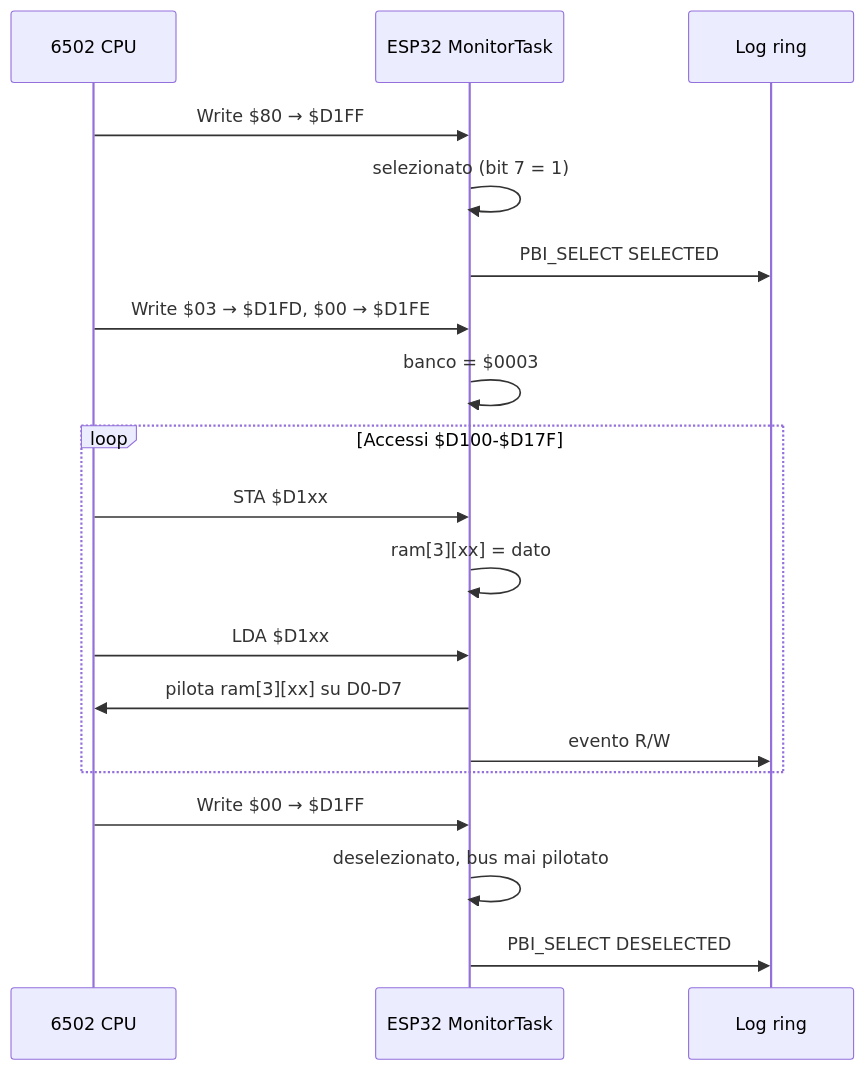
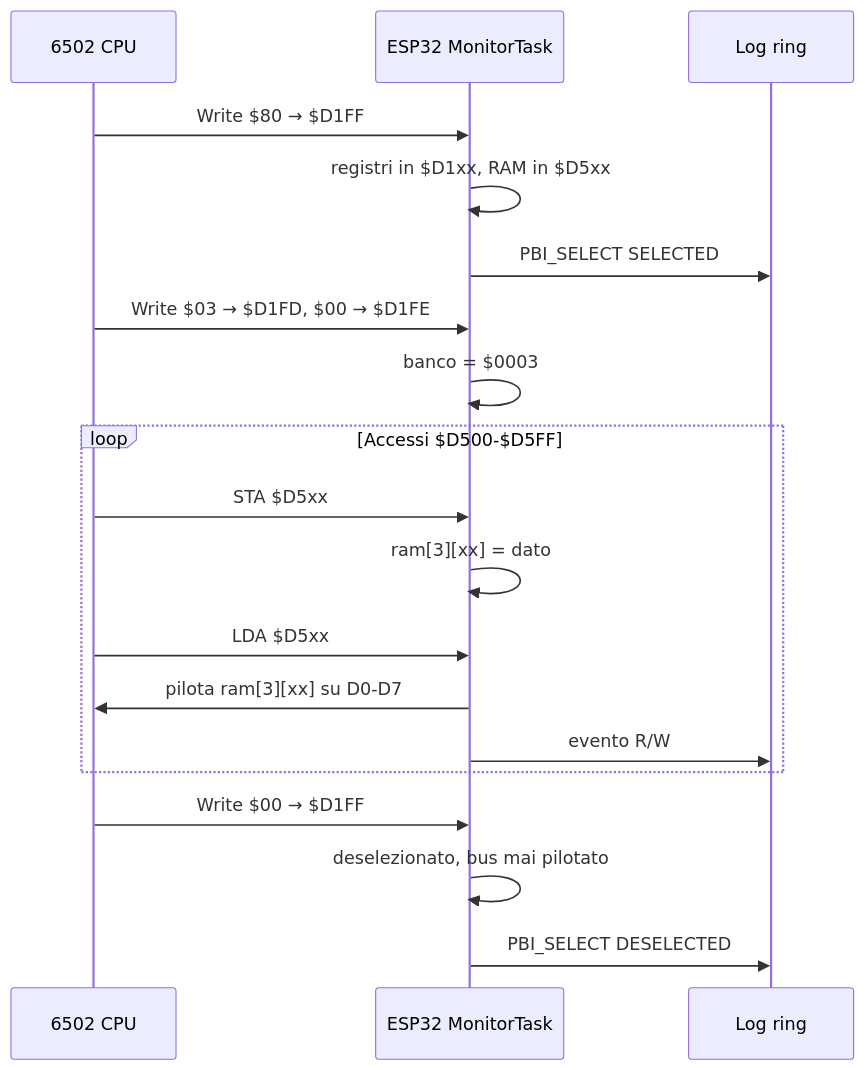
Before and after one commit to gianlucarenzi/ESP32-BOBOARD-5V: the second of 3 diagrams in README.md, drawn with Mermaid. The commit also changed other lines of this file and 14 other files, not shown here.

````diff
--- a/README.md
+++ b/README.md
@@ -348,24 +362,24 @@
 ```mermaid
 sequenceDiagram
     participant CPU as 6502 CPU
     participant ESP as ESP32 MonitorTask
     participant L  as Log ring
 
     CPU->>ESP: Write $80 → $D1FF
-    ESP->>ESP: selezionato (bit 7 = 1)
+    ESP->>ESP: registri in $D1xx, RAM in $D5xx
     ESP->>L: PBI_SELECT SELECTED
 
     CPU->>ESP: Write $03 → $D1FD, $00 → $D1FE
     ESP->>ESP: banco = $0003
-    loop Accessi $D100-$D17F
-        CPU->>ESP: STA $D1xx
+    loop Accessi $D500-$D5FF
+        CPU->>ESP: STA $D5xx
         ESP->>ESP: ram[3][xx] = dato
-        CPU->>ESP: LDA $D1xx
+        CPU->>ESP: LDA $D5xx
         ESP->>CPU: pilota ram[3][xx] su D0-D7
         ESP->>L: evento R/W
     end
 
     CPU->>ESP: Write $00 → $D1FF
     ESP->>ESP: deselezionato, bus mai pilotato
     ESP->>L: PBI_SELECT DESELECTED
 ```
````
